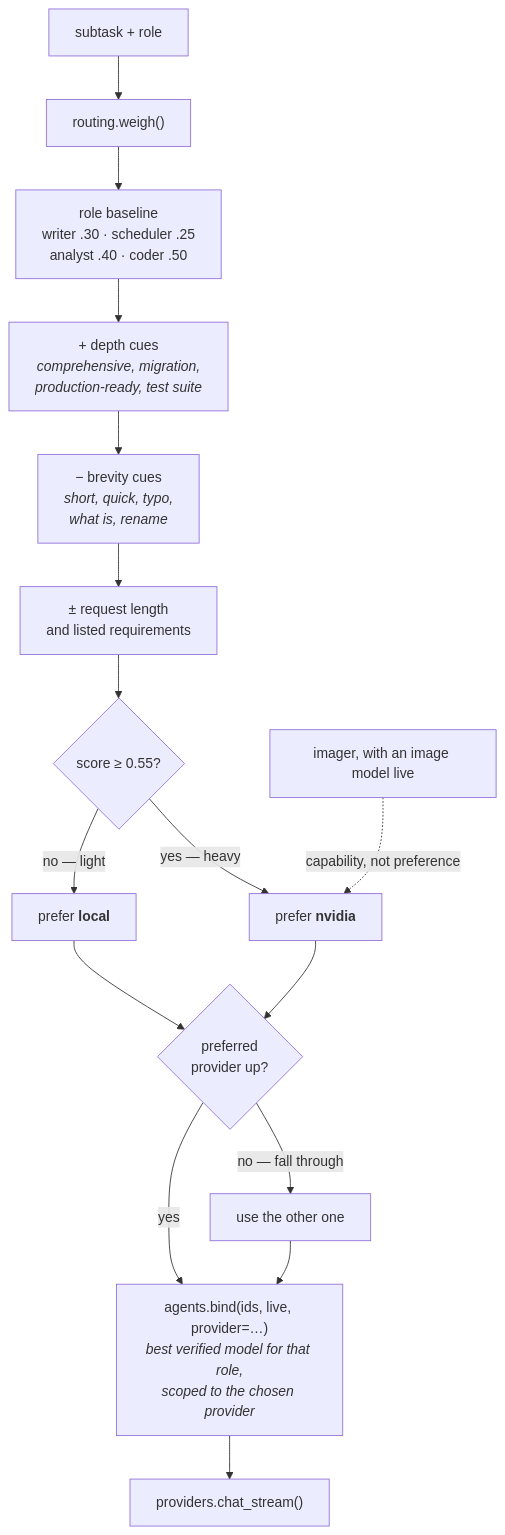
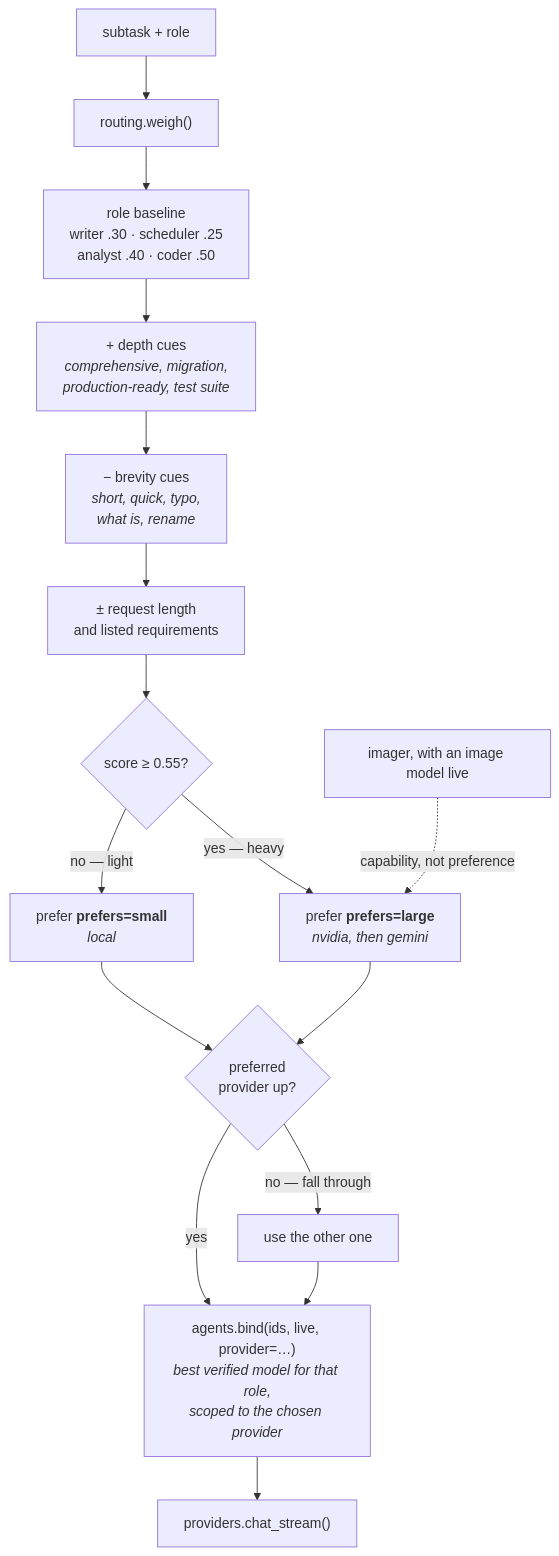
The second of 3 diagrams in docs/ARCHITECTURE.md (Bablu-singh/octopus-nim), drawn with Mermaid before and after one commit. The commit also changed other lines of this file and 8 other files, not shown here.

````diff
--- a/docs/ARCHITECTURE.md
+++ b/docs/ARCHITECTURE.md
@@ -68,23 +70,23 @@
 ```mermaid
 flowchart TB
     S["subtask + role"] --> W["routing.weigh()"]
 
     W --> R1["role baseline<br/>writer .30 · scheduler .25<br/>analyst .40 · coder .50"]
     R1 --> R2["+ depth cues<br/><i>comprehensive, migration,<br/>production-ready, test suite</i>"]
     R2 --> R3["− brevity cues<br/><i>short, quick, typo,<br/>what is, rename</i>"]
     R3 --> R4["± request length<br/>and listed requirements"]
     R4 --> SC{"score ≥ 0.55?"}
 
-    SC -->|"no — light"| L["prefer <b>local</b>"]
-    SC -->|"yes — heavy"| H["prefer <b>nvidia</b>"]
+    SC -->|"no — light"| L["prefer <b>prefers=small</b><br/><i>local</i>"]
+    SC -->|"yes — heavy"| H["prefer <b>prefers=large</b><br/><i>nvidia, then gemini</i>"]
 
     L --> AV{"preferred<br/>provider up?"}
     H --> AV
     AV -->|yes| BIND
     AV -->|"no — fall through"| OTHER["use the other one"] --> BIND
 
     BIND["agents.bind(ids, live, provider=…)<br/><i>best verified model for that role,<br/>scoped to the chosen provider</i>"]
     BIND --> RUN["providers.chat_stream()"]
 
     IMG["imager, with an image model live"] -.->|"capability, not preference"| H
 ```
````
